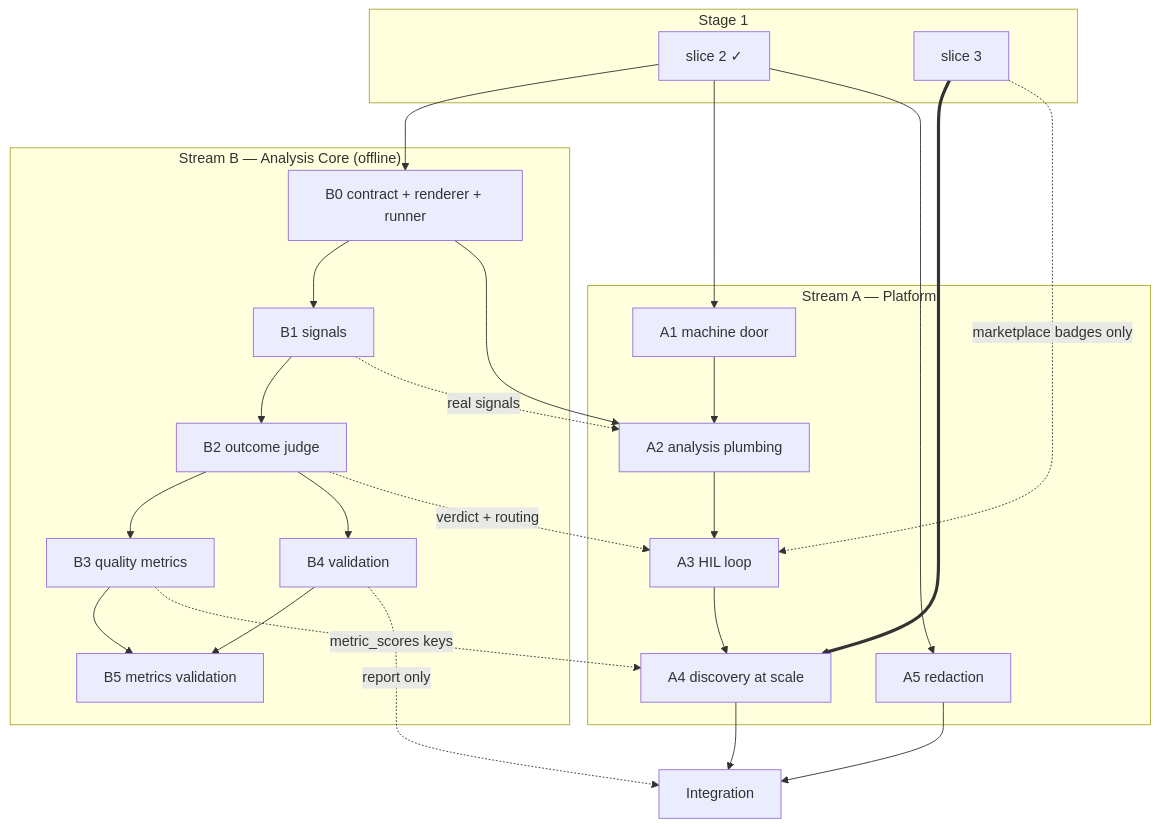
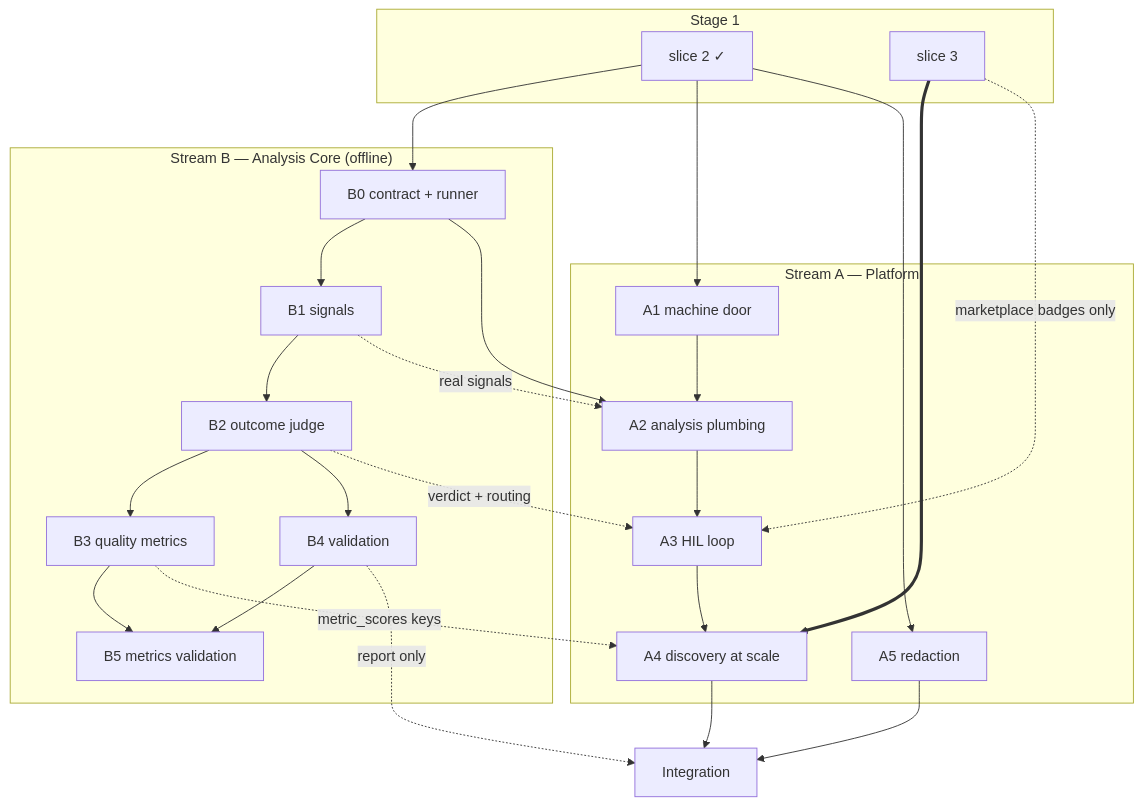
Before and after one commit to joel-ritossa/trace-marketplace: the diagram in docs/spec/stage-2/6_build-order.md, drawn with Mermaid. The commit also changed other lines of this file and 33 other files, not shown here.

````diff
--- a/docs/spec/stage-2/6_build-order.md
+++ b/docs/spec/stage-2/6_build-order.md
@@ -13,45 +15,45 @@
 ```mermaid
 flowchart TD
     subgraph S1["Stage 1"]
         s2["slice 2 ✓"]
         s3["slice 3"]
     end
 
     subgraph SB["Stream B — Analysis Core (offline)"]
-        B0["B0 contract + renderer + runner"]
+        B0["B0 contract + runner"]
         B1["B1 signals"]
         B2["B2 outcome judge"]
         B3["B3 quality metrics"]
         B4["B4 validation"]
         B5["B5 metrics validation"]
     end
 
     subgraph SA["Stream A — Platform"]
         A1["A1 machine door"]
         A2["A2 analysis plumbing"]
         A3["A3 HIL loop"]
         A4["A4 discovery at scale"]
         A5["A5 redaction"]
     end
 
     INT["Integration"]
 
     s2 --> B0
     s2 --> A1
     B0 --> B1 --> B2
     B2 --> B3
     B2 --> B4
     B3 --> B5
     B4 --> B5
     B0 --> A2
     A1 --> A2 --> A3 --> A4
     B1 -. "real signals" .-> A2
     B2 -. "verdict + routing" .-> A3
     B3 -. "metric_scores keys" .-> A4
     s3 ==> A4
     s3 -. "marketplace badges only" .-> A3
     s2 --> A5
     A4 --> INT
     A5 --> INT
     B4 -. "report only" .-> INT
 ```
````
